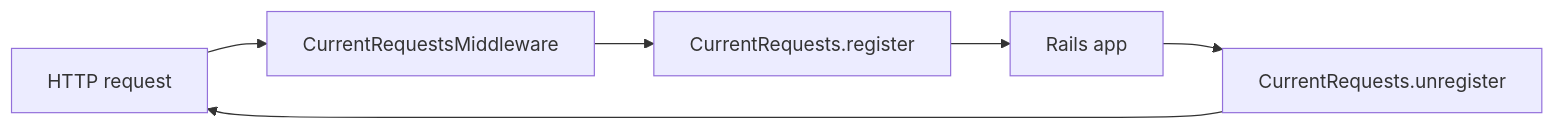
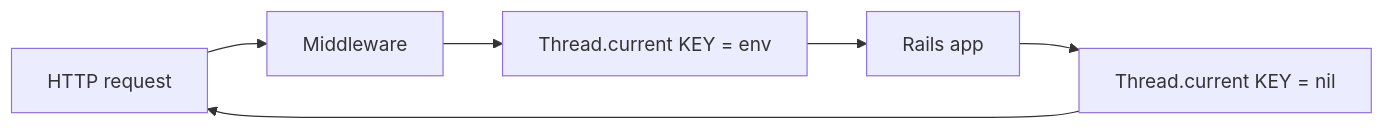
One commit to smart-sgisistemas/puma-enhanced-stats changed the first of 3 diagrams in docs/architecture.md. Above: the diagram before and after it, drawn with Mermaid. The commit also changed other lines of this file and 53 other files, not shown here.

````diff
--- a/docs/architecture.md
+++ b/docs/architecture.md
@@ -26,8 +25,8 @@
 ```mermaid
 flowchart LR
-  HTTP[HTTP request] --> MW[CurrentRequestsMiddleware]
-  MW --> Reg[CurrentRequests.register]
-  Reg --> App[Rails app]
-  App --> Unreg[CurrentRequests.unregister]
-  Unreg --> HTTP
+  HTTP[HTTP request] --> MW[Middleware]
+  MW --> SetEnv["Thread.current KEY = env"]
+  SetEnv --> App[Rails app]
+  App --> ClearEnv["Thread.current KEY = nil"]
+  ClearEnv --> HTTP
 ```
````
